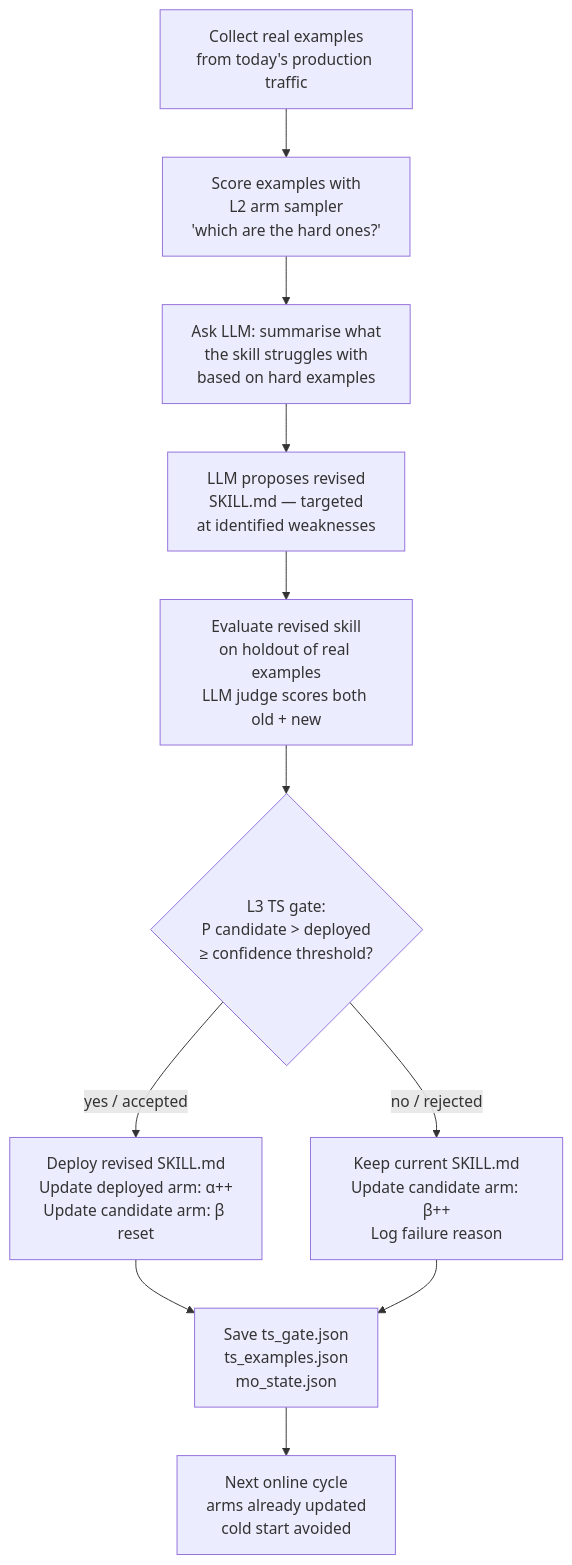
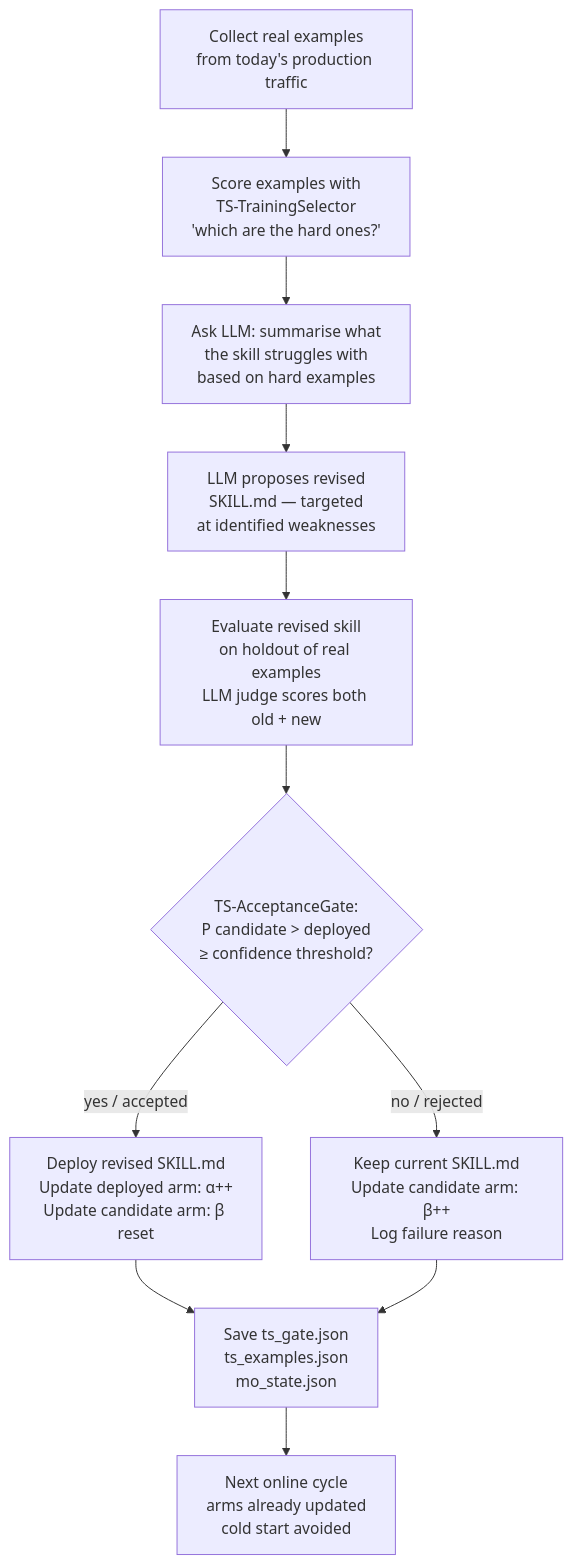
One commit to michaelatamuk/openjiuwen-agent-core changed the fourth of 5 diagrams in examples/agent_evolving_hermes/offline/offline_05_thompson_vs_baseline/README.md. Above: the diagram before and after it, drawn with Mermaid. The commit also changed other lines of this file and 15 other files, not shown here.

````diff
--- a/examples/agent_evolving_hermes/offline/offline_05_thompson_vs_baseline/README.md
+++ b/examples/agent_evolving_hermes/offline/offline_05_thompson_vs_baseline/README.md
@@ -2345,13 +2366,13 @@
 ```mermaid
 flowchart TD
-    A[Collect real examples\nfrom today's production traffic] --> B[Score examples with\nL2 arm sampler\n'which are the hard ones?']
+    A[Collect real examples\nfrom today's production traffic] --> B[Score examples with\nTS-TrainingSelector\n'which are the hard ones?']
     B --> C[Ask LLM: summarise what\nthe skill struggles with\nbased on hard examples]
     C --> D[LLM proposes revised\nSKILL.md — targeted\nat identified weaknesses]
     D --> E[Evaluate revised skill\non holdout of real examples\nLLM judge scores both old + new]
-    E --> F{L3 TS gate:\nP candidate > deployed\n≥ confidence threshold?}
+    E --> F{TS-AcceptanceGate:\nP candidate > deployed\n≥ confidence threshold?}
     F -- yes / accepted --> G[Deploy revised SKILL.md\nUpdate deployed arm: α++\nUpdate candidate arm: β reset]
     F -- no / rejected --> H[Keep current SKILL.md\nUpdate candidate arm: β++\nLog failure reason]
     G --> I[Save ts_gate.json\nts_examples.json\nmo_state.json]
     H --> I
     I --> J[Next online cycle\narms already updated\ncold start avoided]
 ```
````
